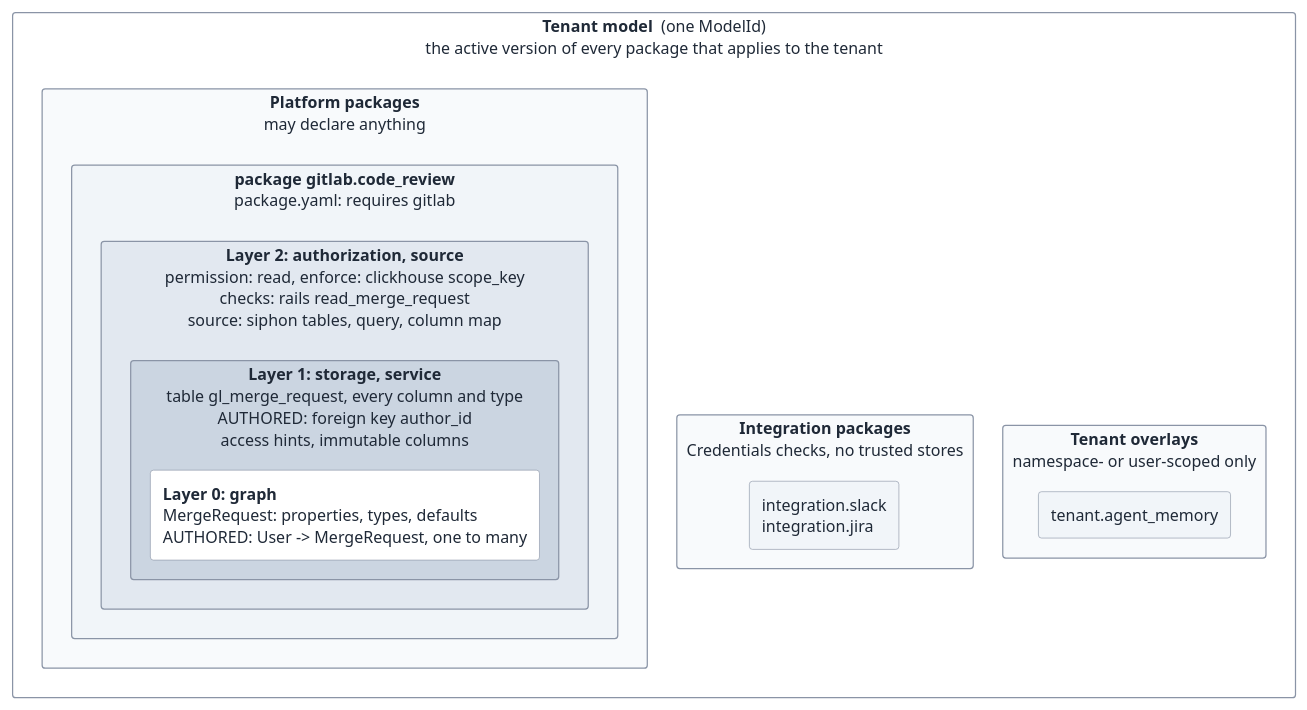
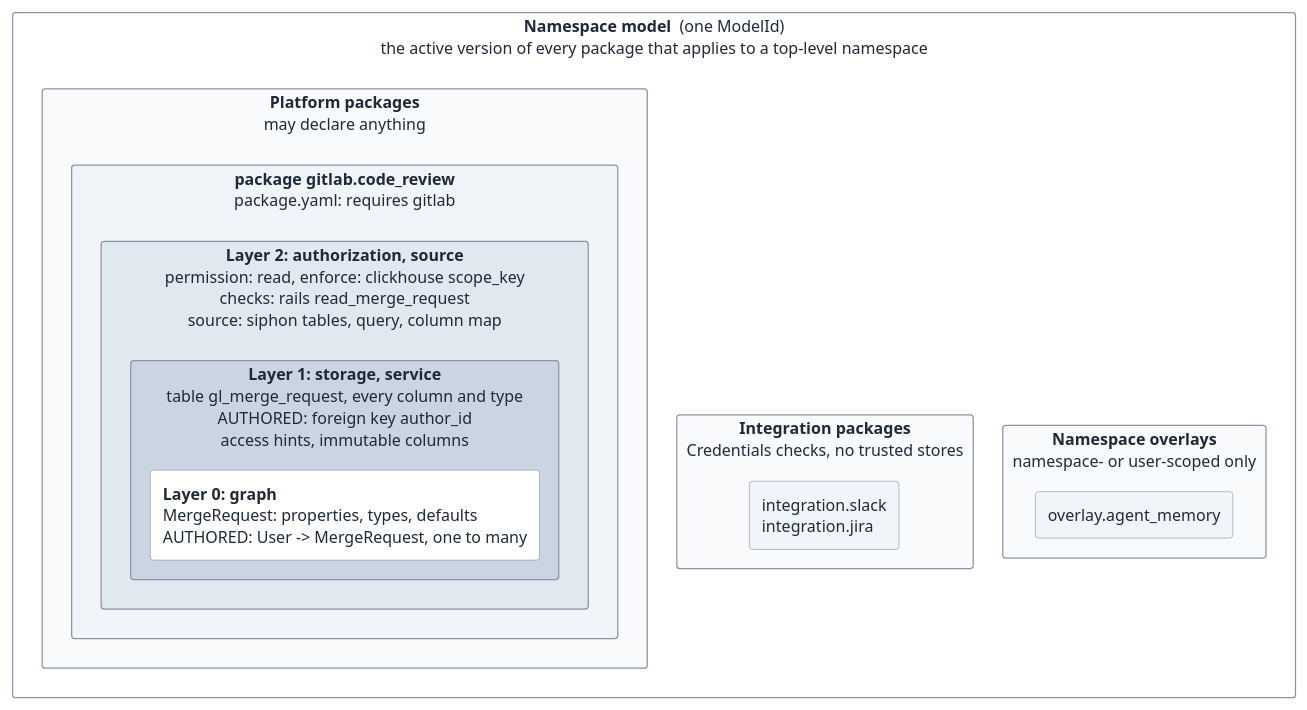
Before and after one commit to gitlabhq/orbit-knowledge-graph: the second of 9 diagrams in docs/pages/engineering/adr/024_pluggable_data_model.md, drawn with PlantUML. The commit also changed other lines of this file and 1 other file, not shown here.

Commit message:
docs(adr): say frontend and namespace overlay instead of surface and tenant

````diff
--- a/docs/pages/engineering/adr/024_pluggable_data_model.md
+++ b/docs/pages/engineering/adr/024_pluggable_data_model.md
@@ -178,27 +178,27 @@
 ```plantuml
 @startuml
 skinparam shadowing false
 skinparam defaultFontSize 13
 skinparam rectangleBorderColor #8A94A6
 skinparam rectangleFontColor #1F2937
 skinparam rectangleFontStyle plain
 
-rectangle "<b>Tenant model</b>  (one ModelId)\nthe active version of every package that applies to the tenant" as M #FFFFFF {
-  rectangle "<b>Tenant overlays</b>\nnamespace- or user-scoped only" as T3 #F8FAFC {
-    rectangle "tenant.agent_memory" as O #F1F5F9
+rectangle "<b>Namespace model</b>  (one ModelId)\nthe active version of every package that applies to a top-level namespace" as M #FFFFFF {
+  rectangle "<b>Namespace overlays</b>\nnamespace- or user-scoped only" as T3 #F8FAFC {
+    rectangle "overlay.agent_memory" as O #F1F5F9
   }
   rectangle "<b>Integration packages</b>\nCredentials checks, no trusted stores" as T2 #F8FAFC {
     rectangle "integration.slack\nintegration.jira" as I #F1F5F9
   }
   rectangle "<b>Platform packages</b>\nmay declare anything" as T1 #F8FAFC {
     rectangle "<b>package gitlab.code_review</b>\npackage.yaml: requires gitlab" as P #F1F5F9 {
       rectangle "<b>Layer 2: authorization, source</b>\npermission: read, enforce: clickhouse scope_key\nchecks: rails read_merge_request\nsource: siphon tables, query, column map" as L2 #E2E8F0 {
         rectangle "<b>Layer 1: storage, service</b>\ntable gl_merge_request, every column and type\nAUTHORED: foreign key author_id\naccess hints, immutable columns" as L1 #CBD5E1 {
           rectangle "<b>Layer 0: graph</b>\nMergeRequest: properties, types, defaults\nAUTHORED: User -> MergeRequest, one to many" as L0 #FFFFFF
         }
       }
     }
   }
 }
 @enduml
 ```
````
